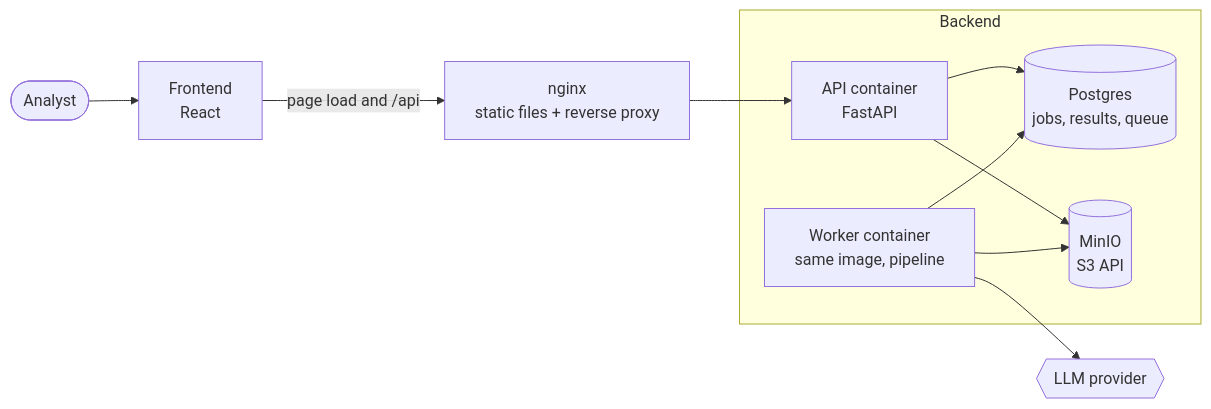
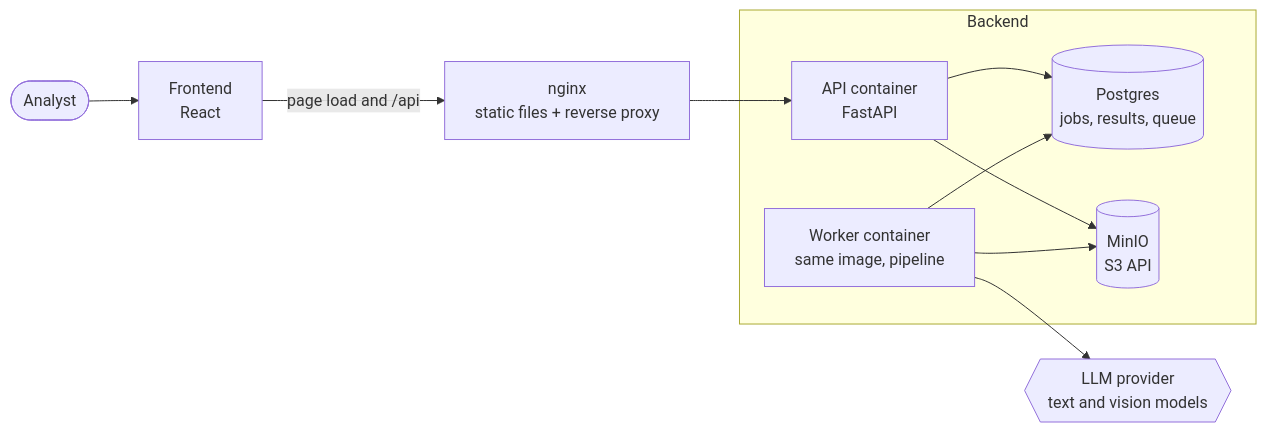
The first of 13 diagrams in context/architecture.md (nc1z/doc-insight), drawn with Mermaid before and after one commit. The commit also changed other lines of this file and 24 other files, not shown here.

````diff
--- a/context/architecture.md
+++ b/context/architecture.md
@@ -9,15 +9,15 @@
 ```mermaid
 flowchart LR
     Analyst([Analyst]) --> Browser[Frontend<br/>React]
     Browser -- "page load and /api" --> Nginx[nginx<br/>static files + reverse proxy]
     Nginx --> API
 
     subgraph Backend
         API[API container<br/>FastAPI] --> DB[(Postgres<br/>jobs, results, queue)]
         API --> Files[(MinIO<br/>S3 API)]
         Worker[Worker container<br/>same image, pipeline] --> DB
         Worker --> Files
     end
 
-    Worker --> LLM{{LLM provider}}
+    Worker --> LLM{{LLM provider<br/>text and vision models}}
 ```
````
